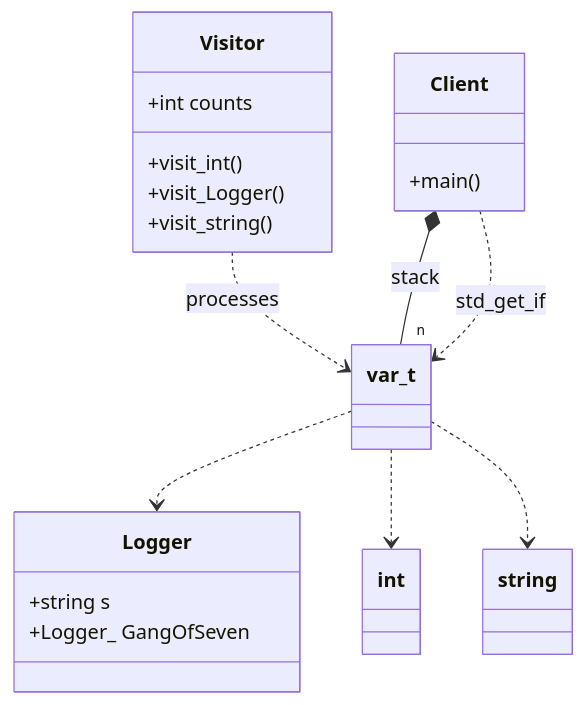
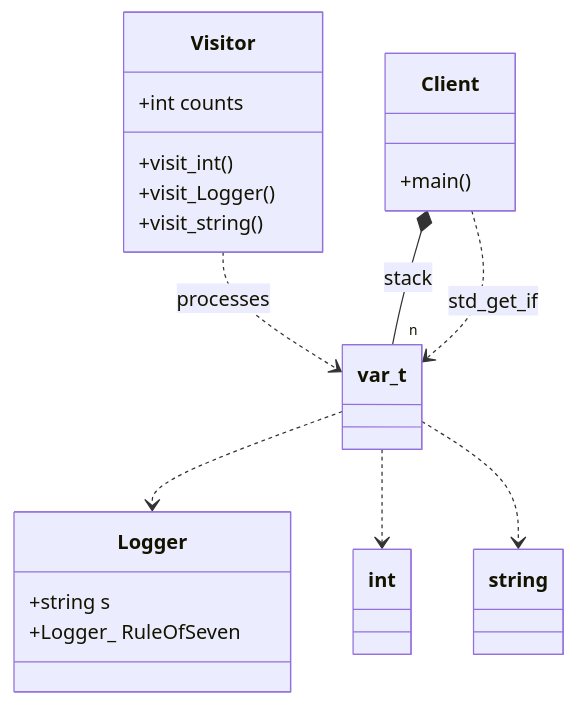
Before and after one commit to Cichlidfishexigency721/Modern-CPP-Design-Patterns: the diagram in 31_Variant/README.md, drawn with Mermaid. The commit also changed other lines of this file and 4 other files, not shown here.

Commit message:
Add Rule of Seven

````diff
--- a/31_Variant/README.md
+++ b/31_Variant/README.md
@@ -63,34 +63,34 @@
 ```mermaid
 classDiagram
    class Logger {
       +string s
-      +Logger_ GangOfSeven
+      +Logger_ RuleOfSeven
    }
 
    class Visitor {
       +int counts
       +visit_int()
       +visit_Logger()
       +visit_string()
    }
 
    class var_t {
    }
 
    class Client {
       +main()
    }
 
    %% Relationships
    var_t ..> Logger
    var_t ..> int
    var_t ..> string
 
    Visitor ..> var_t : processes
 
    %% The Client owns a collection of variants by value
    Client *-- "n" var_t : stack
 
    %% Dependency for manual access
    Client ..> var_t : std_get_if
 ```
````
